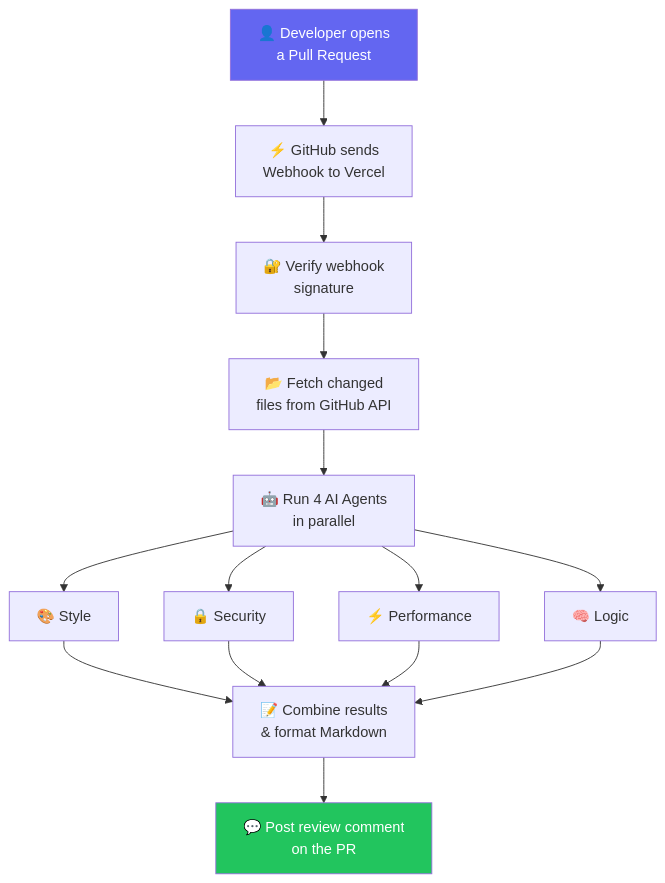
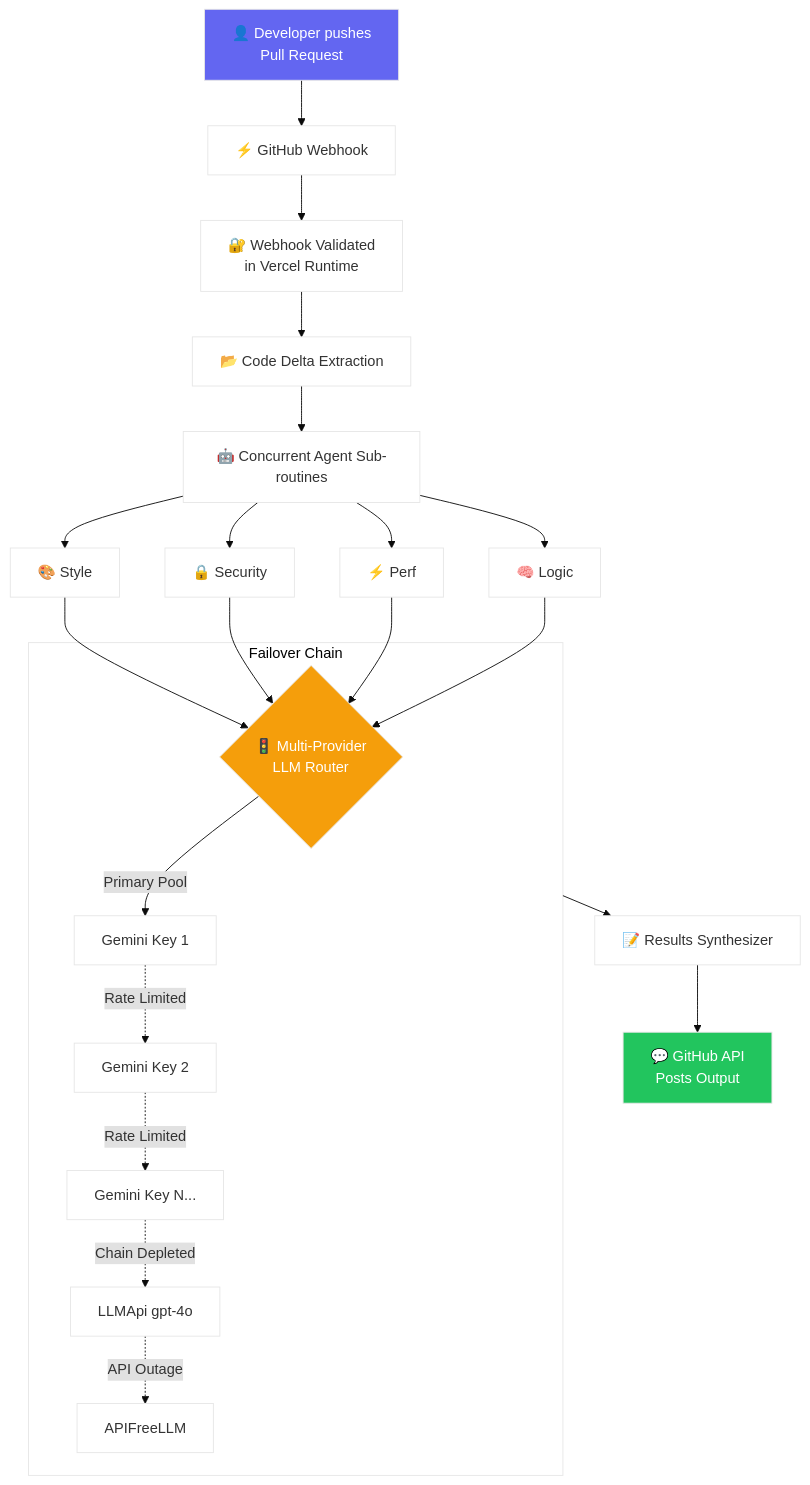
The first of 2 diagrams in README.md (mirzasayzz/prpilot), drawn with Mermaid before and after one commit. The commit also changed other lines of this file, not shown here.

Commit message:
docs: upgrade README to industry standard and highlight multi-LLM architecture

````diff
--- a/README.md
+++ b/README.md
@@ -147,18 +134,30 @@
 ```mermaid
+%%{init: {'theme': 'base', 'themeVariables': { 'primaryColor': '#ffffff', 'edgeLabelBackground':'#e1e1e1' }}}%%
 flowchart TB
-    A["👤 Developer opens\na Pull Request"] --> B["⚡ GitHub sends\nWebhook to Vercel"]
-    B --> C["🔐 Verify webhook\nsignature"]
-    C --> D["📂 Fetch changed\nfiles from GitHub API"]
-    D --> E["🤖 Run 4 AI Agents\nin parallel"]
-
+    A["👤 Developer pushes\nPull Request"] --> B["⚡ GitHub Webhook"]
+    B --> C["🔐 Webhook Validated\nin Vercel Runtime"]
+    C --> D["📂 Code Delta Extraction"]
+    
+    D --> E["🤖 Concurrent Agent Sub-routines"]
     E --> E1["🎨 Style"]
     E --> E2["🔒 Security"]
-    E --> E3["⚡ Performance"]
+    E --> E3["⚡ Perf"]
     E --> E4["🧠 Logic"]
 
-    E1 & E2 & E3 & E4 --> F["📝 Combine results\n& format Markdown"]
-    F --> G["💬 Post review comment\non the PR"]
+    E1 & E2 & E3 & E4 --> Router{"🚦 Multi-Provider\nLLM Router"}
+    
+    subgraph Multi_LLM_Strategy [Failover Chain]
+        Router --> |Primary Pool| G1[Gemini Key 1]
+        G1 -. Rate Limited .-> G2[Gemini Key 2]
+        G2 -. Rate Limited .-> G3[Gemini Key N...]
+        G3 -. Chain Depleted .-> LLM[LLMApi gpt-4o]
+        LLM -. API Outage .-> API[APIFreeLLM]
+    end
+    
+    Multi_LLM_Strategy --> F["📝 Results Synthesizer"]
+    F --> G["💬 GitHub API\nPosts Output"]
 
     style A fill:#6366f1,color:#fff
     style G fill:#22c55e,color:#fff
+    style Router fill:#f59e0b,color:#fff
 ```
````
